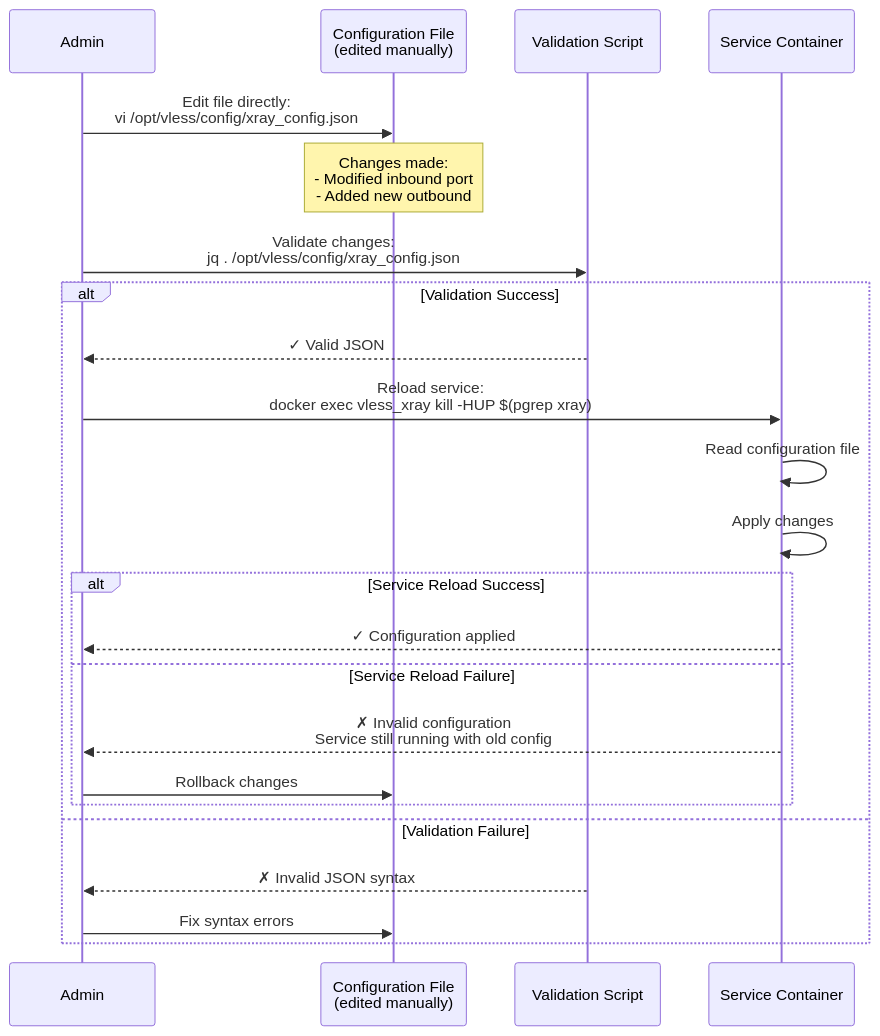
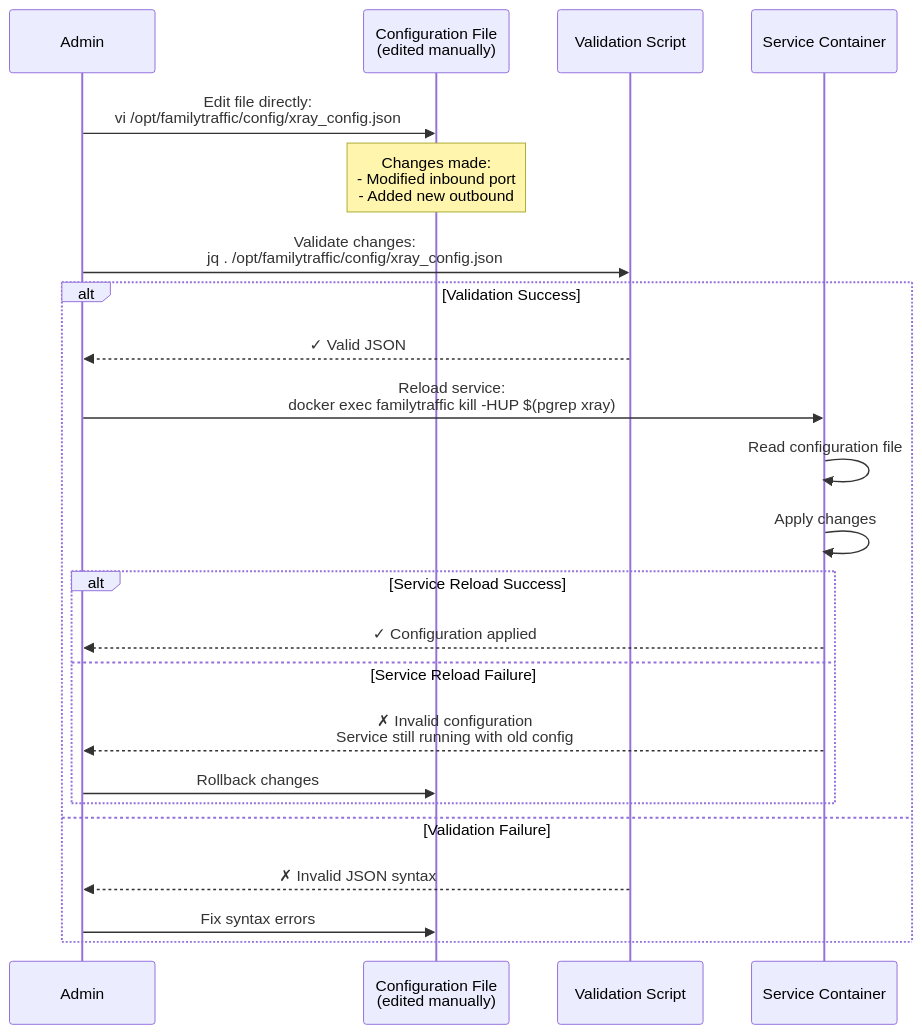
One commit to ikeniborn/vless changed the fourth of 8 diagrams in docs/architecture/diagrams/sequences/config-update.md. Above: the diagram before and after it, drawn with Mermaid. The commit also changed other lines of this file and 66 other files, not shown here.

First line of the commit message:
refactor(rename): replace old project name 'vless' with 'familytraffic'

````diff
--- a/docs/architecture/diagrams/sequences/config-update.md
+++ b/docs/architecture/diagrams/sequences/config-update.md
@@ -152,32 +152,32 @@
 ```mermaid
 sequenceDiagram
     participant Admin
     participant ConfigFile as Configuration File<br/>(edited manually)
     participant ValidationScript as Validation Script
     participant Service as Service Container
 
-    Admin->>ConfigFile: Edit file directly:<br/>vi /opt/vless/config/xray_config.json
+    Admin->>ConfigFile: Edit file directly:<br/>vi /opt/familytraffic/config/xray_config.json
 
     Note over ConfigFile: Changes made:<br/>- Modified inbound port<br/>- Added new outbound
 
-    Admin->>ValidationScript: Validate changes:<br/>jq . /opt/vless/config/xray_config.json
+    Admin->>ValidationScript: Validate changes:<br/>jq . /opt/familytraffic/config/xray_config.json
 
     alt Validation Success
         ValidationScript-->>Admin: ✓ Valid JSON
 
-        Admin->>Service: Reload service:<br/>docker exec vless_xray kill -HUP $(pgrep xray)
+        Admin->>Service: Reload service:<br/>docker exec familytraffic kill -HUP $(pgrep xray)
         Service->>Service: Read configuration file
         Service->>Service: Apply changes
 
         alt Service Reload Success
             Service-->>Admin: ✓ Configuration applied
         else Service Reload Failure
             Service-->>Admin: ✗ Invalid configuration<br/>Service still running with old config
             Admin->>ConfigFile: Rollback changes
         end
 
     else Validation Failure
         ValidationScript-->>Admin: ✗ Invalid JSON syntax
         Admin->>ConfigFile: Fix syntax errors
     end
 ```
````
